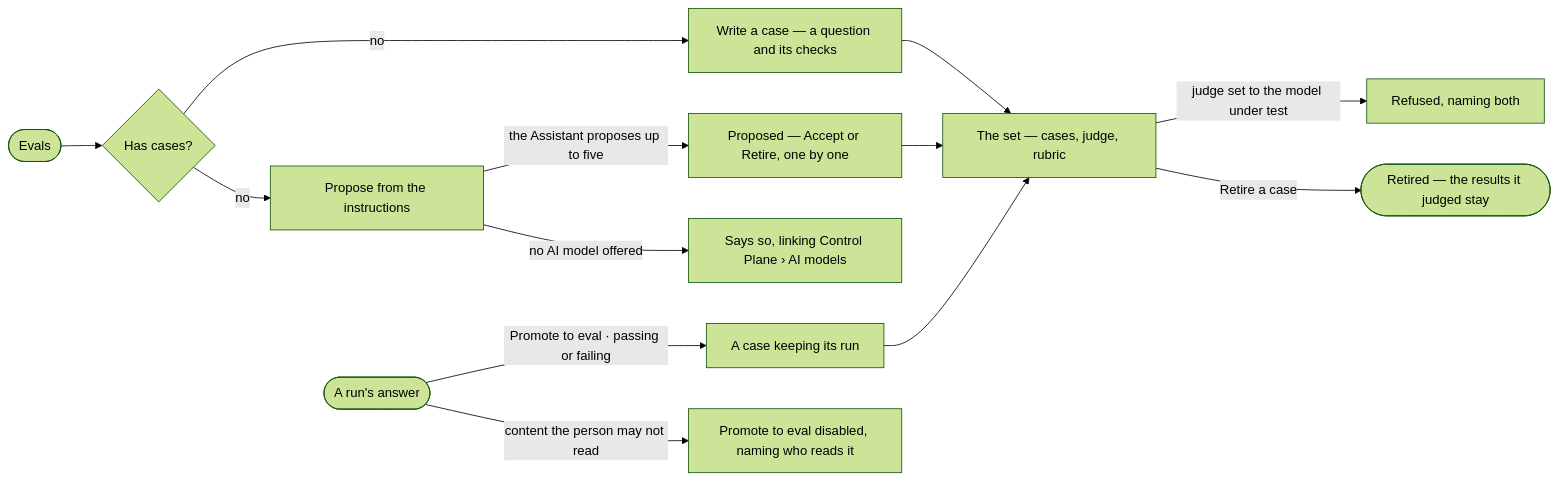
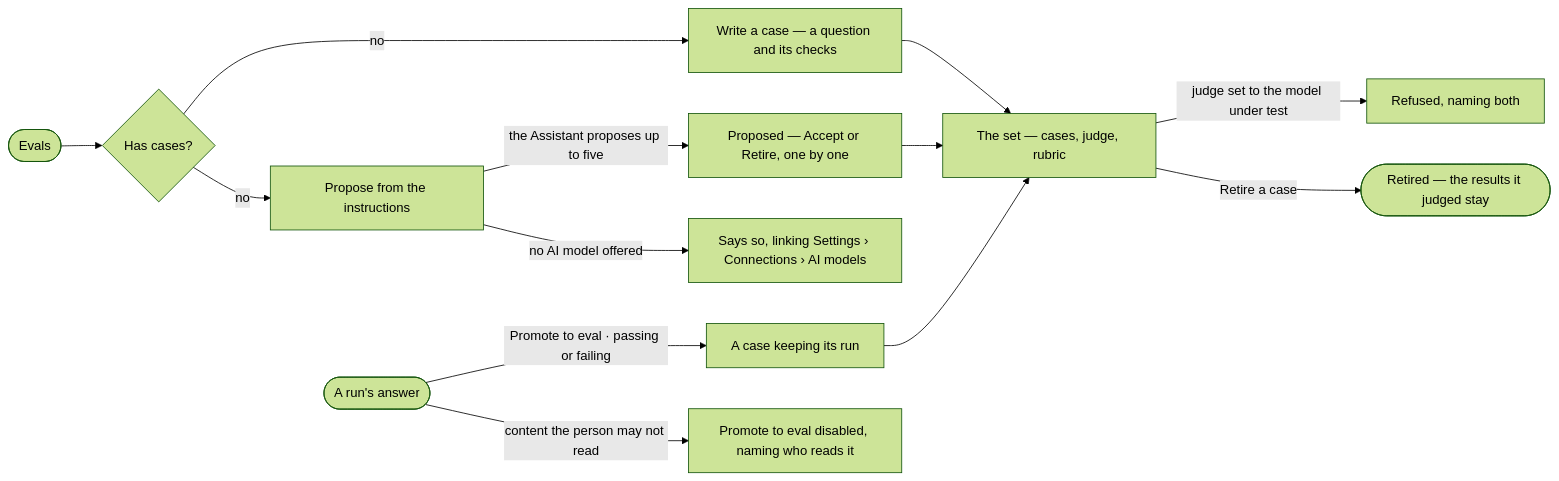
The diagram in specs/capabilities/agents/features/AG-F10-test-an-agent-and-a-skill/stories/AG-56-keep-an-eval-set-for-an-agent-or-a-skill/story.md (invana/invana), drawn with Mermaid (forest theme) before and after one commit. The commit also changed other lines of this file and 106 other files, not shown here.

````diff
--- a/specs/capabilities/agents/features/AG-F10-test-an-agent-and-a-skill/stories/AG-56-keep-an-eval-set-for-an-agent-or-a-skill/story.md
+++ b/specs/capabilities/agents/features/AG-F10-test-an-agent-and-a-skill/stories/AG-56-keep-an-eval-set-for-an-agent-or-a-skill/story.md
@@ -30,15 +30,15 @@
 ```mermaid
 flowchart LR
   e([Evals]) --> h{"Has cases?"}
   h -->|no| w["Write a case — a question and its checks"]
   h -->|no| pr["Propose from the instructions"]
   pr -->|the Assistant proposes up to five| pc["Proposed — Accept or Retire, one by one"]
-  pr -->|no AI model offered| px["Says so, linking Control Plane › AI models"]
+  pr -->|no AI model offered| px["Says so, linking Settings › Connections › AI models"]
   r([A run's answer]) -->|Promote to eval · passing or failing| c["A case keeping its run"]
   r -->|content the person may not read| rx["Promote to eval disabled, naming who reads it"]
   w --> s["The set — cases, judge, rubric"]
   pc --> s
   c --> s
   s -->|judge set to the model under test| jx["Refused, naming both"]
   s -->|Retire a case| rt(["Retired — the results it judged stay"])
 ```
````
